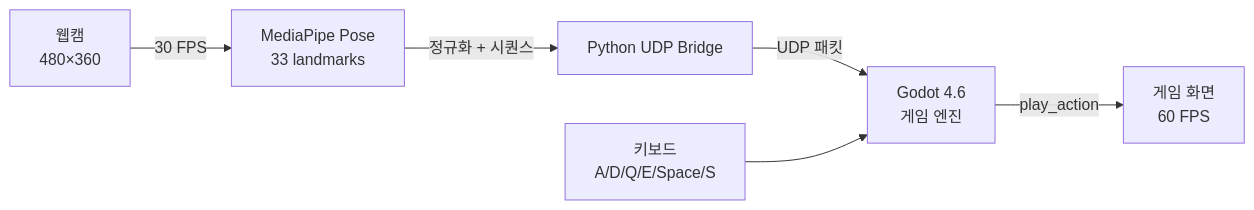
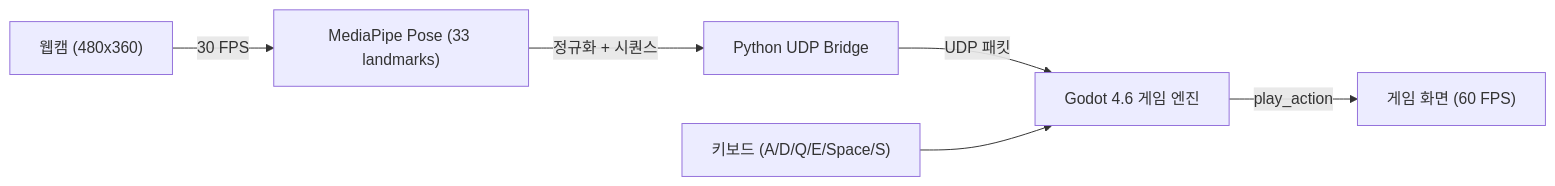
One commit to wlgptjd333/body-hero changed the first of 2 diagrams in README.md. Above: the diagram before and after it, drawn with Mermaid. The commit also changed other lines of this file, not shown here.

Commit message:
fix: remove HTML <br> tags from Mermaid diagrams for GitHub compatibility

````diff
--- a/README.md
+++ b/README.md
@@ -19,8 +19,8 @@
 ```mermaid
 graph LR
-    A[웹캠<br>480×360] -->|30 FPS| B[MediaPipe Pose<br>33 landmarks]
-    B -->|정규화 + 시퀀스| C[Python UDP Bridge]
-    C -->|UDP 패킷| D[Godot 4.6<br>게임 엔진]
-    F[키보드<br>A/D/Q/E/Space/S] --> D
-    D -->|play_action| E[게임 화면<br>60 FPS]
+    A["웹캠 (480x360)"] -->|"30 FPS"| B["MediaPipe Pose (33 landmarks)"]
+    B -->|"정규화 + 시퀀스"| C["Python UDP Bridge"]
+    C -->|"UDP 패킷"| D["Godot 4.6 게임 엔진"]
+    F["키보드 (A/D/Q/E/Space/S)"] --> D
+    D -->|"play_action"| E["게임 화면 (60 FPS)"]
 ```
````
